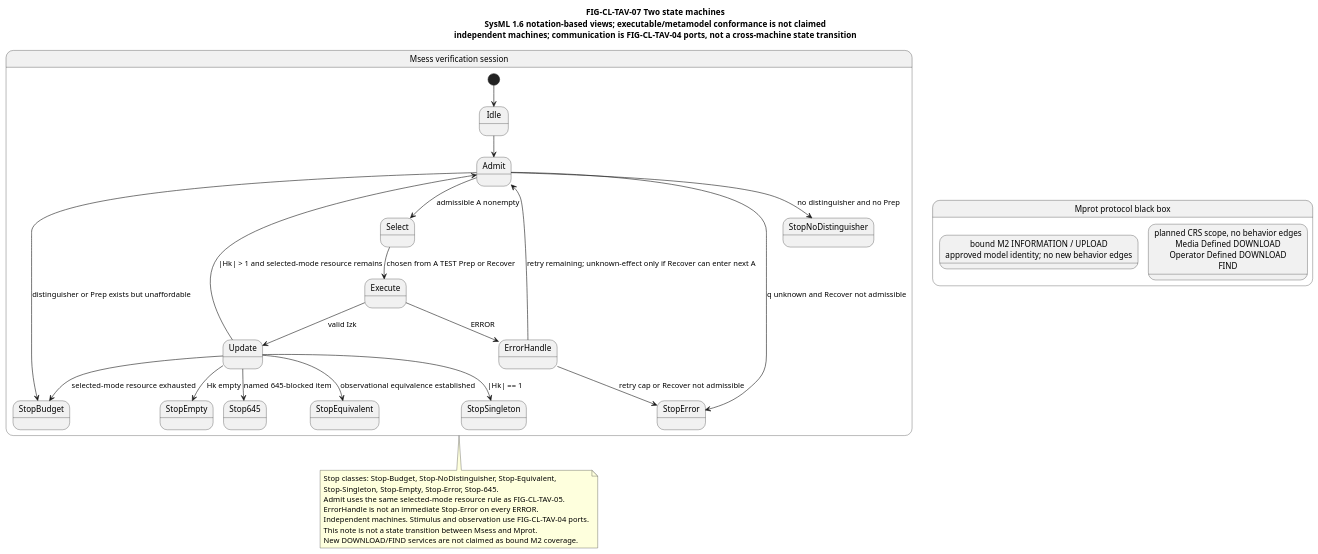
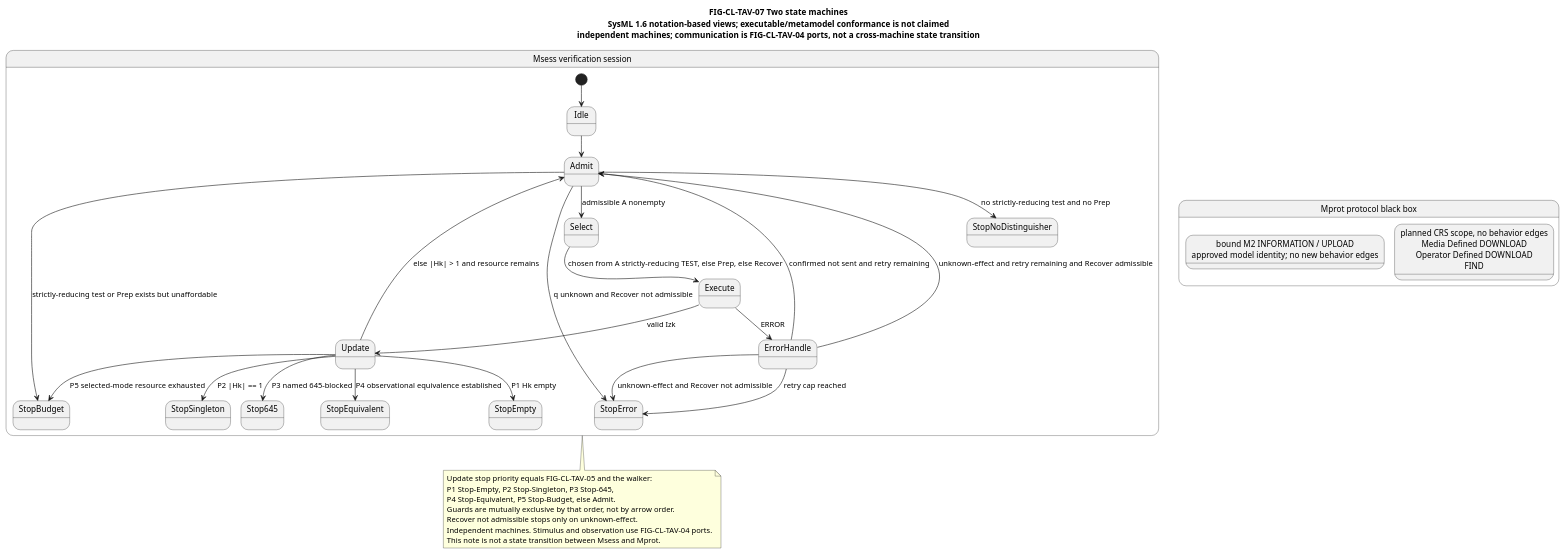
Before and after one commit to ZhangChi0727/arinc-615a-conformance: the diagram in docs/research/publication/models/FIG-CL-TAV-07-two-state-machines.puml, drawn with PlantUML. The commit also changed 10 other files, not shown here.

First line of the commit message:
docs: unify strictly-reducing selection, recovery eligibility, and stop priority

```diff
--- a/docs/research/publication/models/FIG-CL-TAV-07-two-state-machines.puml
+++ b/docs/research/publication/models/FIG-CL-TAV-07-two-state-machines.puml
@@ -1,39 +1,41 @@
 @startuml FIG-CL-TAV-07
 skinparam shadowing false
 title FIG-CL-TAV-07 Two state machines\nSysML 1.6 notation-based views; executable/metamodel conformance is not claimed\nindependent machines; communication is FIG-CL-TAV-04 ports, not a cross-machine state transition
 
 state Msess as "Msess verification session" {
   [*] --> Idle
   Idle --> Admit
   Admit --> Select : admissible A nonempty
-  Admit --> StopBudget : distinguisher or Prep exists but unaffordable
-  Admit --> StopNoDistinguisher : no distinguisher and no Prep
+  Admit --> StopBudget : strictly-reducing test or Prep exists but unaffordable
+  Admit --> StopNoDistinguisher : no strictly-reducing test and no Prep
   Admit --> StopError : q unknown and Recover not admissible
-  Select --> Execute : chosen from A TEST Prep or Recover
+  Select --> Execute : chosen from A strictly-reducing TEST, else Prep, else Recover
   Execute --> Update : valid Izk
   Execute --> ErrorHandle : ERROR
-  ErrorHandle --> Admit : retry remaining; unknown-effect only if Recover can enter next A
-  ErrorHandle --> StopError : retry cap or Recover not admissible
-  Update --> Admit : |Hk| > 1 and selected-mode resource remains
-  Update --> StopBudget : selected-mode resource exhausted
-  Update --> StopEquivalent : observational equivalence established
-  Update --> StopSingleton : |Hk| == 1
-  Update --> StopEmpty : Hk empty
-  Update --> Stop645 : named 645-blocked item
+  ErrorHandle --> StopError : retry cap reached
+  ErrorHandle --> StopError : unknown-effect and Recover not admissible
+  ErrorHandle --> Admit : confirmed not sent and retry remaining
+  ErrorHandle --> Admit : unknown-effect and retry remaining and Recover admissible
+  Update --> StopEmpty : P1 Hk empty
+  Update --> StopSingleton : P2 |Hk| == 1
+  Update --> Stop645 : P3 named 645-blocked
+  Update --> StopEquivalent : P4 observational equivalence established
+  Update --> StopBudget : P5 selected-mode resource exhausted
+  Update --> Admit : else |Hk| > 1 and resource remains
 }
 
 state Mprot as "Mprot protocol black box" {
   state BoundM2 as "bound M2 INFORMATION / UPLOAD\napproved model identity; no new behavior edges"
   state PlannedScope as "planned CRS scope, no behavior edges\nMedia Defined DOWNLOAD\nOperator Defined DOWNLOAD\nFIND"
 }
 
 note bottom of Msess
-  Stop classes: Stop-Budget, Stop-NoDistinguisher, Stop-Equivalent,
-  Stop-Singleton, Stop-Empty, Stop-Error, Stop-645.
-  Admit uses the same selected-mode resource rule as FIG-CL-TAV-05.
-  ErrorHandle is not an immediate Stop-Error on every ERROR.
+  Update stop priority equals FIG-CL-TAV-05 and the walker:
+  P1 Stop-Empty, P2 Stop-Singleton, P3 Stop-645,
+  P4 Stop-Equivalent, P5 Stop-Budget, else Admit.
+  Guards are mutually exclusive by that order, not by arrow order.
+  Recover not admissible stops only on unknown-effect.
   Independent machines. Stimulus and observation use FIG-CL-TAV-04 ports.
   This note is not a state transition between Msess and Mprot.
-  New DOWNLOAD/FIND services are not claimed as bound M2 coverage.
 end note
 @enduml
```
